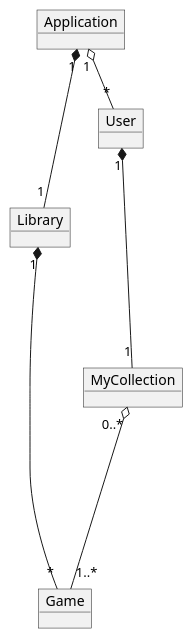
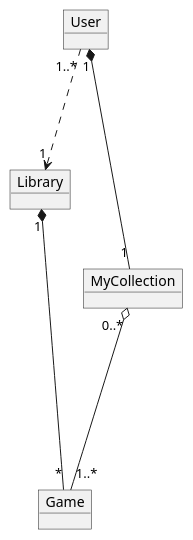
The diagram in domæneModelUS1+2.puml (RikkeMariussen/Braetspil), drawn with PlantUML before and after one commit. The commit also changed 2 other files, not shown here.

Commit message:
Refactor functional requirements and domain model: removed Application class and updated relationships in UML diagrams

```diff
--- a/domæneModelUS1+2.puml
+++ b/domæneModelUS1+2.puml
@@ -1,23 +1,22 @@
 @startuml 'Domæne model US1+2'
 'Alt+D = preview
 
-object Application
 object Library
 object MyCollection
 object Game
 object User
 
-'An application contains (must have) one library and can have one user
-Application "1" *-- "1" Library
-Application "1" o-- "*" User
+'A user can use one library, and a library can have many users
+User "1..*" ..> "1" Library
 
 'A user contains (must have) one myCollection
 User "1" *---- "1" MyCollection
 
 'The MyCollection can have many games and a game can be in many collections
 MyCollection "0..*" o---- "1..*" Game
 
 'A Library must have games
 Library "1" *---- "*" Game
 
+
 @enduml
```
